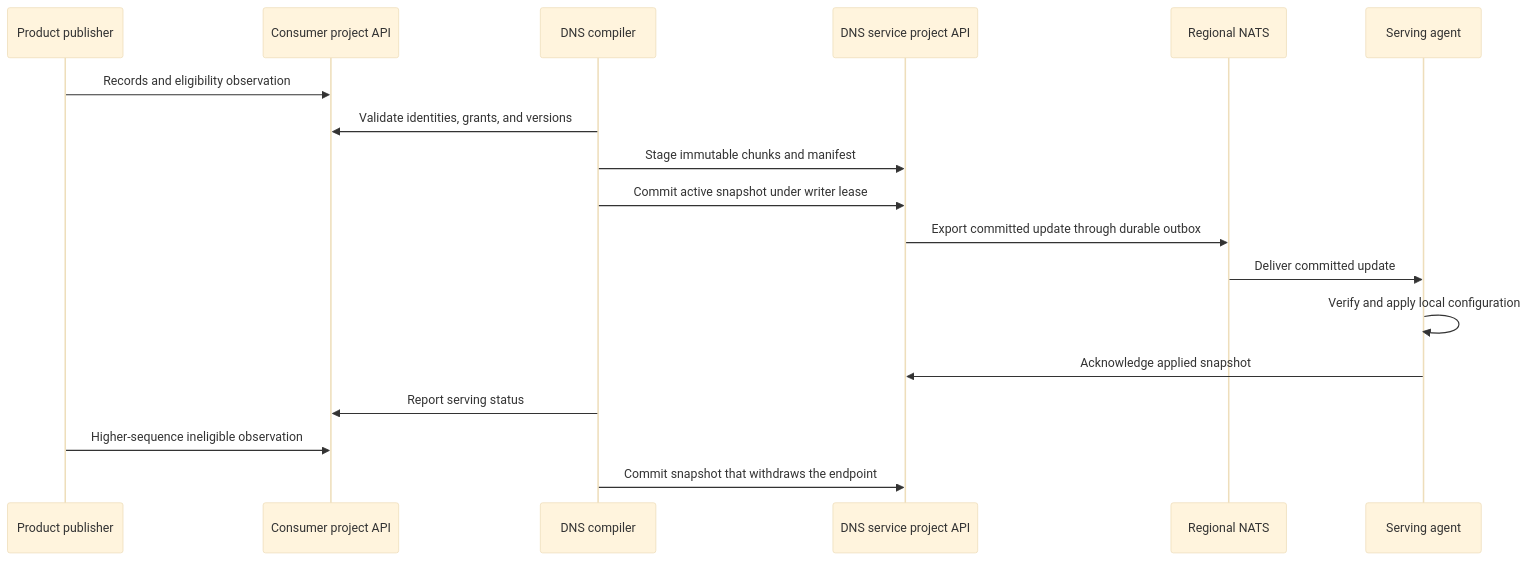
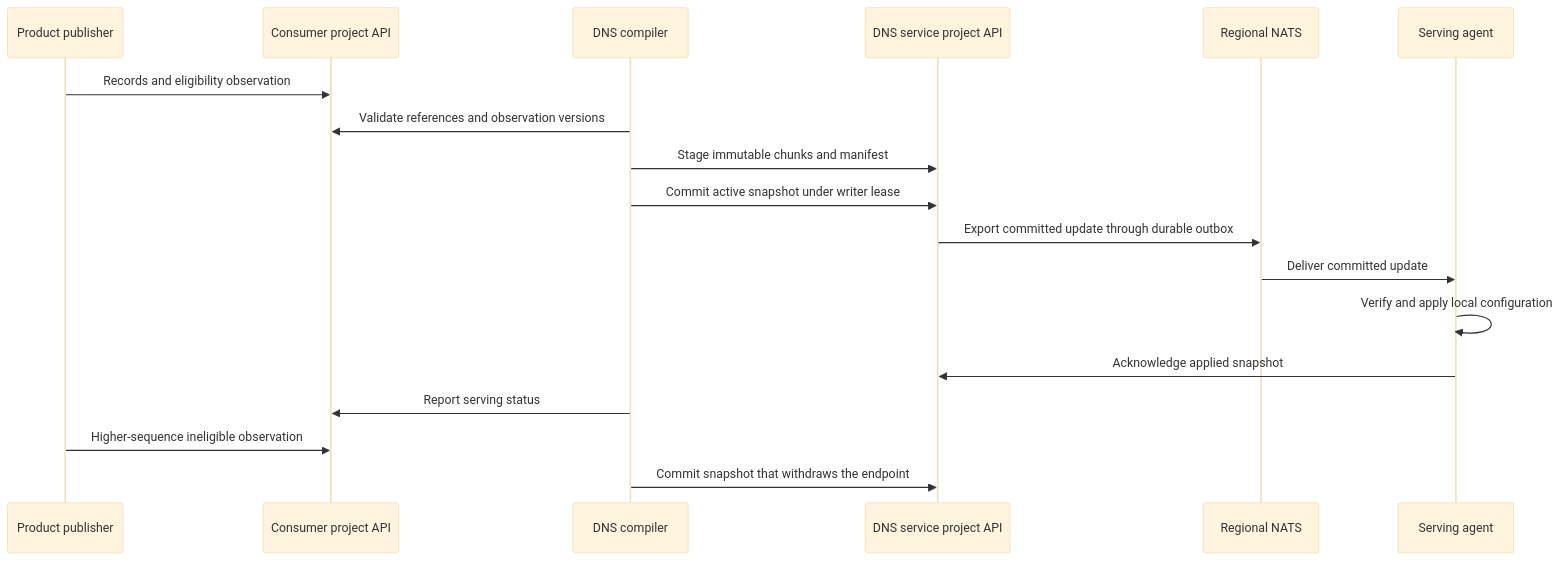
The fourth of 4 diagrams in docs/architecture/internal-dns/README.md (datum-cloud/dns-operator), drawn with Mermaid (base theme) before and after one commit. The commit also changed other lines of this file, not shown here.

Commit message:
docs: Simplify internal DNS integration

````diff
--- a/docs/architecture/internal-dns/README.md
+++ b/docs/architecture/internal-dns/README.md
@@ -203,20 +203,20 @@
 ```mermaid
 sequenceDiagram
   participant Product as Product publisher
   participant Project as Consumer project API
   participant DNS as DNS compiler
   participant Store as DNS service project API
   participant Transport as Regional NATS
   participant Agent as Serving agent
   Product->>Project: Records and eligibility observation
-  DNS->>Project: Validate identities, grants, and versions
+  DNS->>Project: Validate references and observation versions
   DNS->>Store: Stage immutable chunks and manifest
   DNS->>Store: Commit active snapshot under writer lease
   Store->>Transport: Export committed update through durable outbox
   Transport->>Agent: Deliver committed update
   Agent->>Agent: Verify and apply local configuration
   Agent->>Store: Acknowledge applied snapshot
   DNS->>Project: Report serving status
   Product->>Project: Higher-sequence ineligible observation
   DNS->>Store: Commit snapshot that withdraws the endpoint
 ```
````
